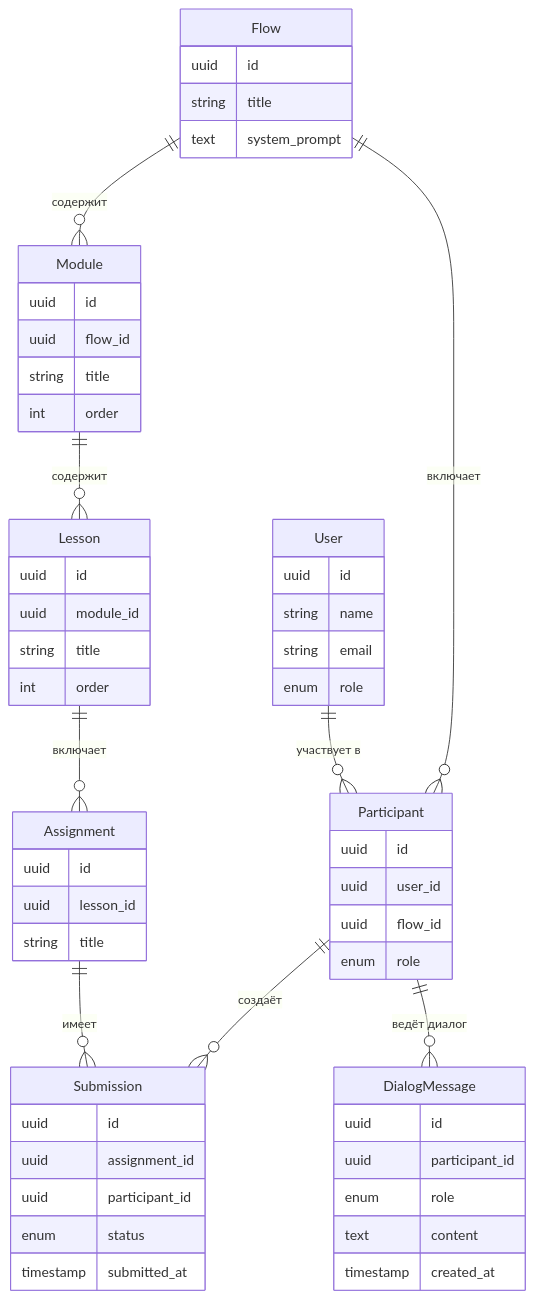
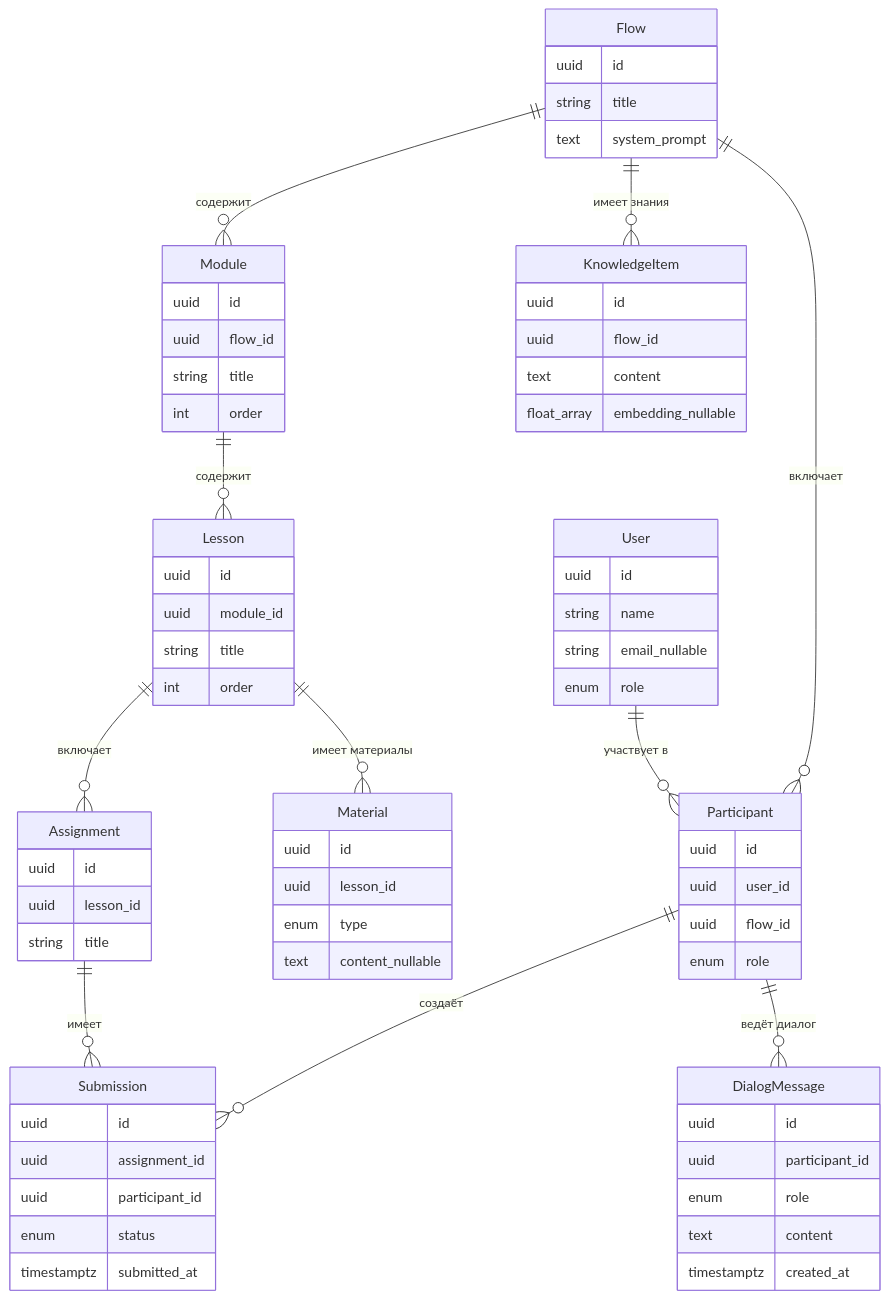
The first of 2 diagrams in docs/data-model.md (bondarenkoalexeynicolaevich/llmstart-fullstack-2-bondarenko), drawn with Mermaid before and after one commit. The commit also changed other lines of this file and 88 other files, not shown here.

```diff
--- a/docs/data-model.md
+++ b/docs/data-model.md
@@ -127,7 +204,7 @@
     User {
         uuid id
         string name
-        string email
+        string email_nullable
         enum role
     }
 
@@ -158,6 +235,13 @@
         int order
     }
 
+    Material {
+        uuid id
+        uuid lesson_id
+        enum type
+        text content_nullable
+    }
+
     Assignment {
         uuid id
         uuid lesson_id
@@ -169,7 +253,7 @@
         uuid assignment_id
         uuid participant_id
         enum status
-        timestamp submitted_at
+        timestamptz submitted_at
     }
 
     DialogMessage {
@@ -177,13 +261,22 @@
         uuid participant_id
         enum role
         text content
-        timestamp created_at
+        timestamptz created_at
+    }
+
+    KnowledgeItem {
+        uuid id
+        uuid flow_id
+        text content
+        float_array embedding_nullable
     }
 
     User ||--o{ Participant : "участвует в"
     Flow ||--o{ Participant : "включает"
     Flow ||--o{ Module : "содержит"
+    Flow ||--o{ KnowledgeItem : "имеет знания"
     Module ||--o{ Lesson : "содержит"
+    Lesson ||--o{ Material : "имеет материалы"
     Lesson ||--o{ Assignment : "включает"
     Assignment ||--o{ Submission : "имеет"
     Participant ||--o{ Submission : "создаёт"
```
